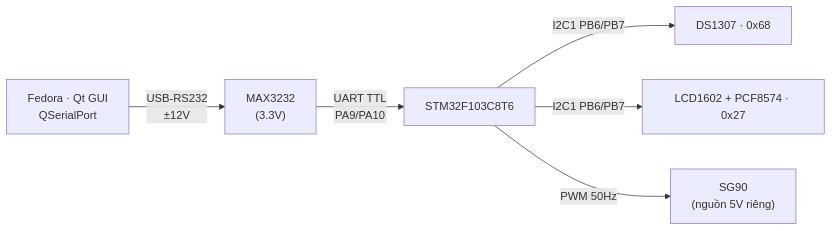
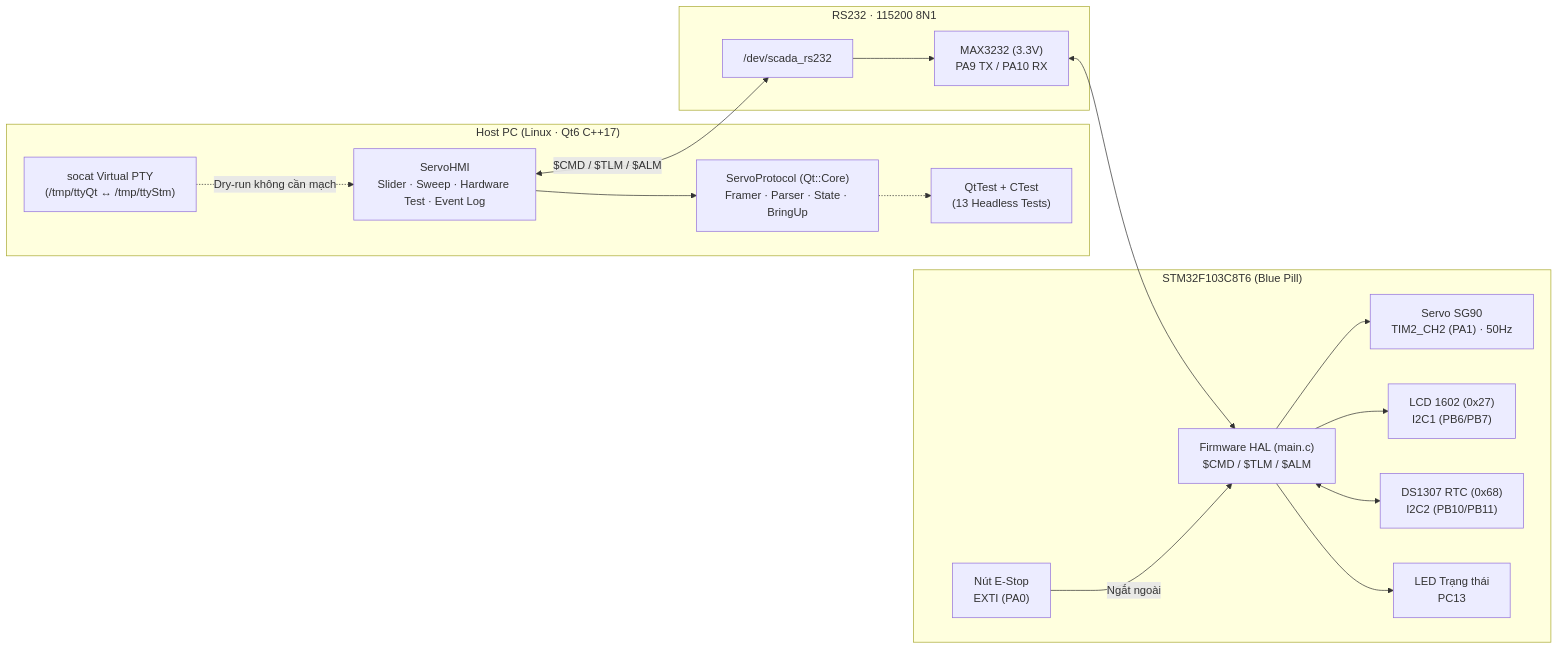
One commit to nguyenhuudu2007-cmd/mini-scada-stm32 changed the diagram in README.md. Above: the diagram before and after it, drawn with Mermaid. The commit also changed other lines of this file and 134 other files, not shown here.

Commit message:
feat: add STM32 firmware, Qt6 ServoHMI, protocol docs, and CI

````diff
--- a/README.md
+++ b/README.md
@@ -5,8 +7,33 @@
 ```mermaid
 flowchart LR
-    PC["Fedora · Qt GUI<br/>QSerialPort"] -- "USB-RS232<br/>±12V" --> MAX["MAX3232<br/>(3.3V)"]
-    MAX -- "UART TTL<br/>PA9/PA10" --> MCU["STM32F103C8T6"]
-    MCU -- "I2C1 PB6/PB7" --> RTC["DS1307 · 0x68"]
-    MCU -- "I2C1 PB6/PB7" --> LCD["LCD1602 + PCF8574 · 0x27"]
-    MCU -- "PWM 50Hz" --> SERVO["SG90<br/>(nguồn 5V riêng)"]
+    subgraph PC["Host PC (Linux · Qt6 C++17)"]
+        HMI["ServoHMI<br/>Slider · Sweep · Hardware Test · Event Log"]
+        CORE["ServoProtocol (Qt::Core)<br/>Framer · Parser · State · BringUp"]
+        TEST["QtTest + CTest<br/>(13 Headless Tests)"]
+        SOCAT["socat Virtual PTY<br/>(/tmp/ttyQt ↔ /tmp/ttyStm)"]
+    end
+
+    subgraph LINK["RS232 · 115200 8N1"]
+        USB["/dev/scada_rs232"] --> MAX["MAX3232 (3.3V)<br/>PA9 TX / PA10 RX"]
+    end
+
+    subgraph MCU["STM32F103C8T6 (Blue Pill)"]
+        FW["Firmware HAL (main.c)<br/>$CMD / $TLM / $ALM"]
+        SRV["Servo SG90<br/>TIM2_CH2 (PA1) · 50Hz"]
+        BTN["Nút E-Stop<br/>EXTI (PA0)"]
+        LCD["LCD 1602 (0x27)<br/>I2C1 (PB6/PB7)"]
+        RTC["DS1307 RTC (0x68)<br/>I2C2 (PB10/PB11)"]
+        LED["LED Trạng thái<br/>PC13"]
+    end
+
+    HMI --> CORE
+    CORE -.-> TEST
+    HMI <-->|"$CMD / $TLM / $ALM"| USB
+    SOCAT -.->|"Dry-run không cần mạch"| HMI
+    MAX <--> FW
+    FW --> SRV
+    BTN -->|"Ngắt ngoài"| FW
+    FW --> LCD
+    FW <--> RTC
+    FW --> LED
 ```
````
